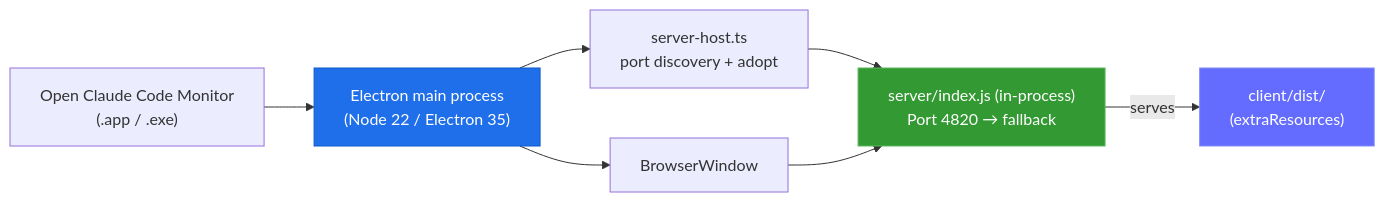
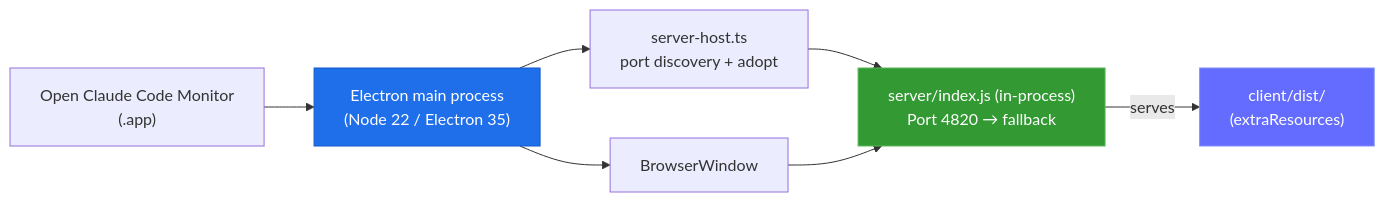
Before and after one commit to buluma/Code-Agent-Monitor: diagram 41 of 45 in ARCHITECTURE.md, drawn with Mermaid. The commit also changed other lines of this file and 27 other files, not shown here.

First line of the commit message:
feat(desktop): drop Windows support, macOS-only Electron app (#3)

````diff
--- a/ARCHITECTURE.md
+++ b/ARCHITECTURE.md
@@ -2630,13 +2627,13 @@
 ```mermaid
 graph LR
-    LAUNCH["Open Claude Code Monitor<br/>(.app / .exe)"] --> MAIN["Electron main process<br/>(Node 22 / Electron 35)"]
+    LAUNCH["Open Claude Code Monitor<br/>(.app)"] --> MAIN["Electron main process<br/>(Node 22 / Electron 35)"]
     MAIN --> HOST["server-host.ts<br/>port discovery + adopt"]
     HOST --> SERVER["server/index.js (in-process)<br/>Port 4820 → fallback"]
     SERVER -->|serves| DIST["client/dist/<br/>(extraResources)"]
     MAIN --> WIN["BrowserWindow"]
     WIN --> SERVER
 
     style MAIN fill:#1f6feb,stroke:#1158c7,color:#fff
     style SERVER fill:#339933,stroke:#5cb85c,color:#fff
     style DIST fill:#646CFF,stroke:#818cf8,color:#fff
 ```
````
